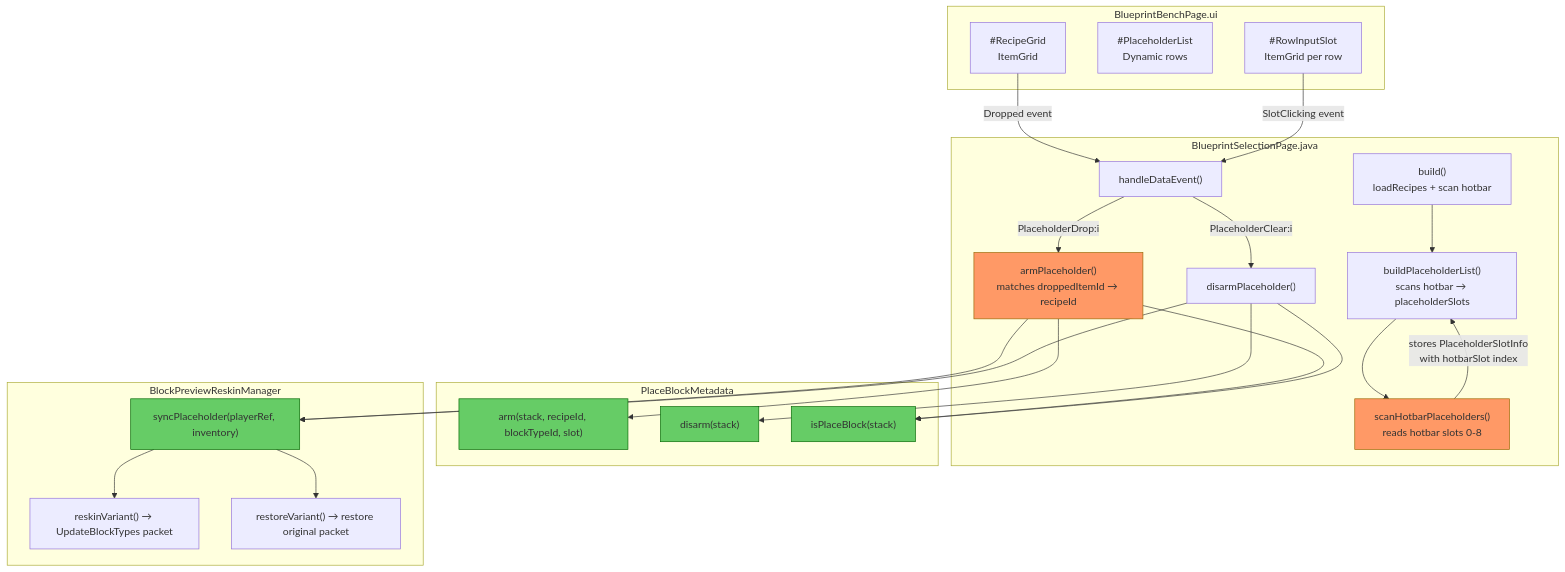
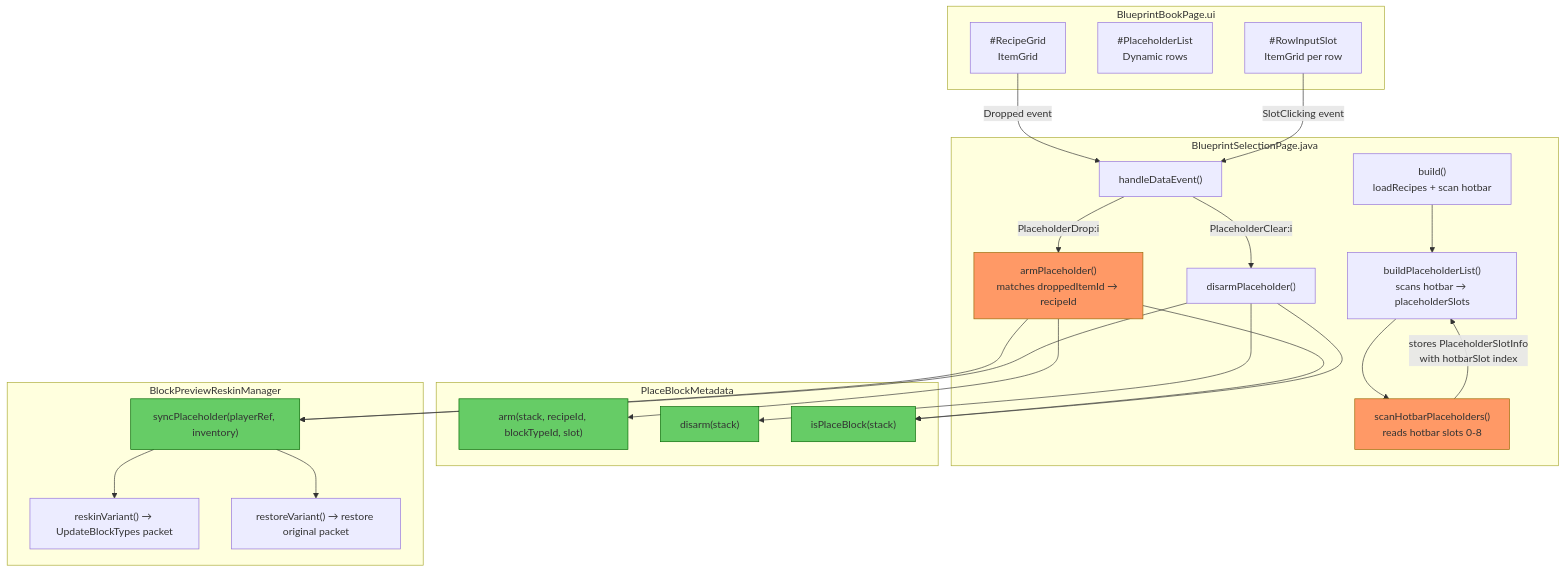
One commit to TheCodeCreature/Hytale-Example-Plugin changed the first of 2 diagrams in docs/review-dynamic-placeholder-list.md. Above: the diagram before and after it, drawn with Mermaid. The commit also changed other lines of this file and 120 other files, not shown here.

First line of the commit message:
Refactor Blueprint Bench to Blueprint Book

````diff
--- a/docs/review-dynamic-placeholder-list.md
+++ b/docs/review-dynamic-placeholder-list.md
@@ -9,57 +9,57 @@
 ```mermaid
 graph TB
-    subgraph UI["BlueprintBenchPage.ui"]
+    subgraph UI["BlueprintBookPage.ui"]
         RecipeGrid["#RecipeGrid\nItemGrid"]
         PlaceholderList["#PlaceholderList\nDynamic rows"]
         RowInputSlot["#RowInputSlot\nItemGrid per row"]
     end
 
     subgraph Server["BlueprintSelectionPage.java"]
         Build["build()\nloadRecipes + scan hotbar"]
         HandleEvent["handleDataEvent()"]
         BuildPH["buildPlaceholderList()\nscans hotbar → placeholderSlots"]
         ArmPH["armPlaceholder()\nmatches droppedItemId → recipeId"]
         DisarmPH["disarmPlaceholder()"]
         ScanHotbar["scanHotbarPlaceholders()\nreads hotbar slots 0-8"]
     end
 
     subgraph Metadata["PlaceBlockMetadata"]
         Arm["arm(stack, recipeId, blockTypeId, slot)"]
         Disarm["disarm(stack)"]
         IsPlaceBlock["isPlaceBlock(stack)"]
     end
 
     subgraph Reskin["BlockPreviewReskinManager"]
         SyncPH["syncPlaceholder(playerRef, inventory)"]
         ReskinVar["reskinVariant() → UpdateBlockTypes packet"]
         RestoreVar["restoreVariant() → restore original packet"]
     end
 
     Build --> BuildPH
     BuildPH --> ScanHotbar
     ScanHotbar -->|"stores PlaceholderSlotInfo\nwith hotbarSlot index"| BuildPH
 
     RecipeGrid -->|"Dropped event"| HandleEvent
     RowInputSlot -->|"SlotClicking event"| HandleEvent
 
     HandleEvent -->|"PlaceholderDrop:i"| ArmPH
     HandleEvent -->|"PlaceholderClear:i"| DisarmPH
 
     ArmPH --> IsPlaceBlock
     ArmPH --> Arm
     ArmPH --> SyncPH
 
     DisarmPH --> IsPlaceBlock
     DisarmPH --> Disarm
     DisarmPH --> SyncPH
 
     SyncPH --> ReskinVar
     SyncPH --> RestoreVar
 
     style ScanHotbar fill:#f96,stroke:#960
     style ArmPH fill:#f96,stroke:#960
     style IsPlaceBlock fill:#6c6,stroke:#060
     style Arm fill:#6c6,stroke:#060
     style Disarm fill:#6c6,stroke:#060
     style SyncPH fill:#6c6,stroke:#060
 ```
````
